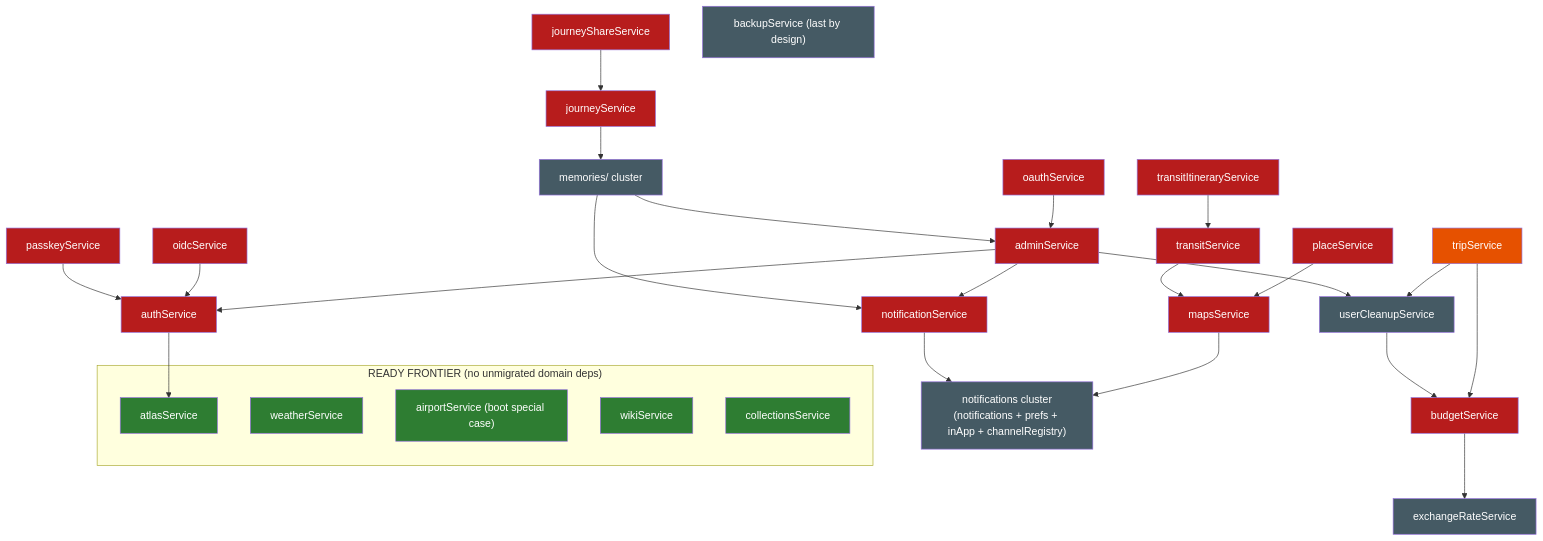
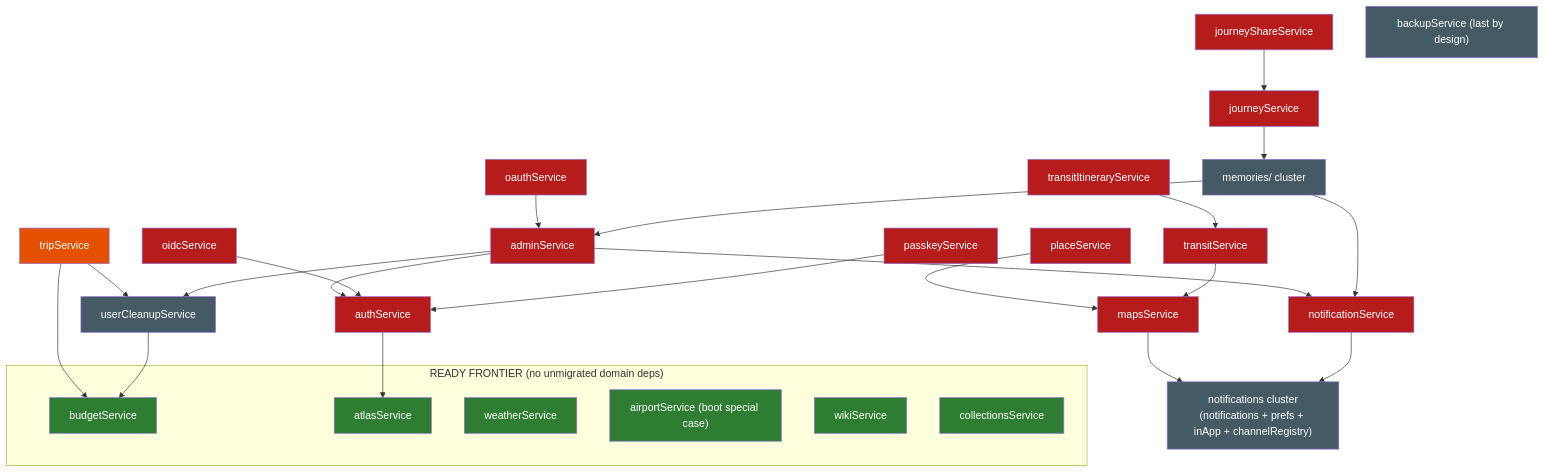
One commit to BeInLife/TREK changed the diagram in migration-graph.md. Above: the diagram before and after it, drawn with Mermaid. The commit also changed other lines of this file and 1 other file, not shown here.

Commit message:
docs: tick the exchangeRateService fold in migrate.md and refresh the migration graph

````diff
--- a/migration-graph.md
+++ b/migration-graph.md
@@ -51,52 +56,50 @@
 ```mermaid
 flowchart TD
   classDef ready fill:#2e7d32,color:#fff
   classDef blocked fill:#b71c1c,color:#fff
   classDef hub fill:#e65100,color:#fff
   classDef infra fill:#455a64,color:#fff
 
   subgraph frontier["READY FRONTIER (no unmigrated domain deps)"]
+    budget[budgetService]:::ready
     atlas[atlasService]:::ready
     weather[weatherService]:::ready
     airport["airportService (boot special case)"]:::ready
     wiki[wikiService]:::ready
     collections[collectionsService]:::ready
   end
 
   trip[tripService]:::hub
-  budget[budgetService]:::blocked
   place[placeService]:::blocked
   maps[mapsService]:::blocked
   notifSvc[notificationService]:::blocked
   transit[transitService]:::blocked
   transitItin[transitItineraryService]:::blocked
   admin[adminService]:::blocked
   auth[authService]:::blocked
   oauth[oauthService]:::blocked
   oidc[oidcService]:::blocked
   passkey[passkeyService]:::blocked
   journey[journeyService]:::blocked
   journeyShare[journeyShareService]:::blocked
   backup["backupService (last by design)"]:::infra
   notifCluster["notifications cluster<br/>(notifications + prefs + inApp + channelRegistry)"]:::infra
   memories["memories/ cluster"]:::infra
-  fx[exchangeRateService]:::infra
   cleanup[userCleanupService]:::infra
 
   trip --> budget & cleanup
-  budget --> fx
   cleanup --> budget
   place --> maps
   maps --> notifCluster
   transit --> maps
   transitItin --> transit
   notifSvc --> notifCluster
   admin --> auth & notifSvc & cleanup
   auth --> atlas
   oauth --> admin
   oidc --> auth
   passkey --> auth
   journey --> memories
   journeyShare --> journey
   memories --> notifSvc & admin
 ```
````
